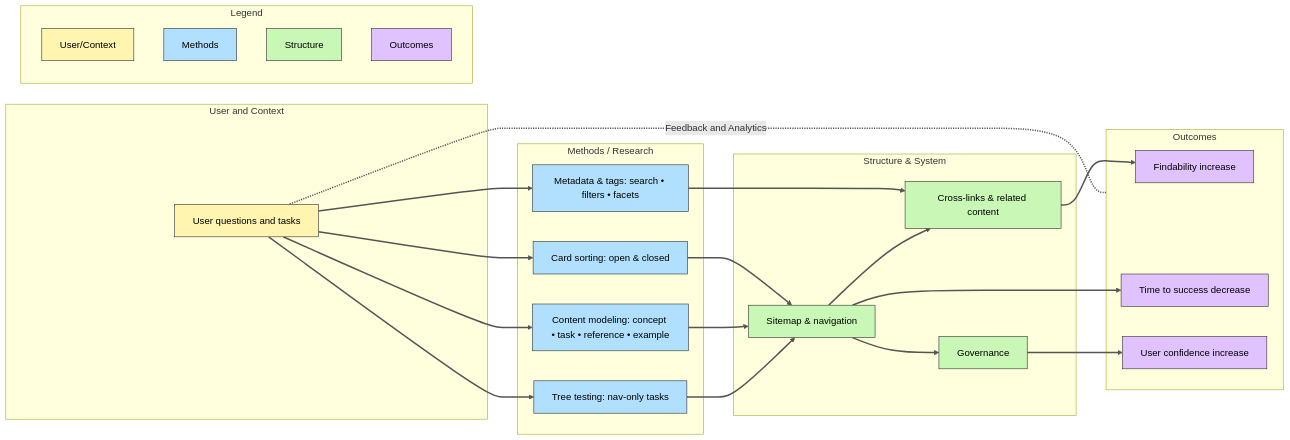
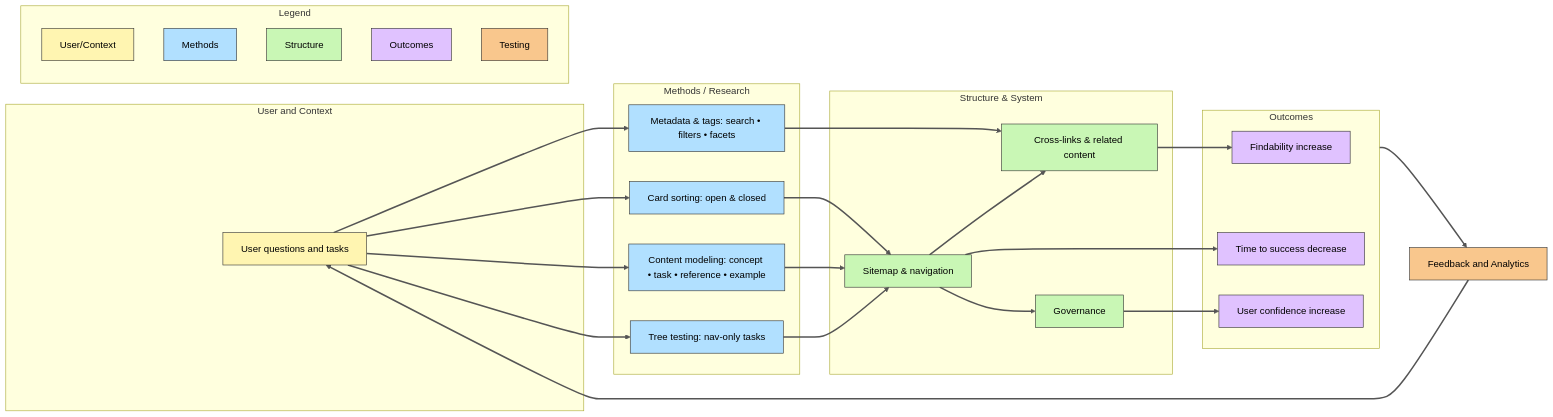
Before and after one commit to kaywina/docs-layer: the diagram in tech-blog/blog/2025-09-15-information-architecture-ux.md, drawn with Mermaid.

Commit message:
polishing flow chart

````diff
--- a/tech-blog/blog/2025-09-15-information-architecture-ux.md
+++ b/tech-blog/blog/2025-09-15-information-architecture-ux.md
@@ -10,66 +10,72 @@
 ```mermaid
 flowchart LR
+
   subgraph U[User and Context]
     Q[User questions and tasks]
   end
 
  subgraph M[Methods / Research]
     CS[Card sorting: open & closed]
     CM[Content modeling: concept • task • reference • example]
     TT[Tree testing: nav-only tasks]
     MD[Metadata & tags: search • filters • facets]
   end
 
   subgraph S[Structure & System]
     IA[Sitemap & navigation]
     XR[Cross-links & related content]
     GOV[Governance]
   end
 
   subgraph O[Outcomes]
     F[Findability increase]
     TS[Time to success decrease]
     CONF[User confidence increase]
   end
 
   subgraph Legend [Legend]
     L1[User/Context]:::user
     L2[Methods]:::method
     L3[Structure]:::struct
     L4[Outcomes]:::outcome
+    L5[Testing]:::feedback
   end
+
+  FA[Feedback and Analytics]
 
   Q --> CS
   Q --> CM
   Q --> TT
   Q --> MD
 
   CS --> IA
   CM --> IA
   TT --> IA
   MD --> XR
 
   IA --> XR
   IA --> GOV
   XR --> F
   IA --> TS
   GOV --> CONF
 
-  O -. Feedback and Analytics .- Q
+  O --> FA --> Q
 
   %% Class definitions (note the colons)
 
   classDef default fill:#fff,stroke:#333,stroke-width:1px,color:#000;
   classDef user fill:#fff5b1,stroke:#333,stroke-width:1px;
   classDef method fill:#b1e0ff,stroke:#333,stroke-width:1px;
   classDef struct fill:#c9f7b5,stroke:#333,stroke-width:1px;
   classDef outcome fill:#e0c2ff,stroke:#333,stroke-width:1px;
+  classDef feedback fill:#f9c78d,stroke:#333,stroke-width:1px,color:#000;
 
   %% Apply classes
   class Q user;
   class CS,CM,TT,MD method;
   class IA,XR,GOV struct;
   class F,TS,CONF outcome;
+  class FA feedback;
 
   linkStyle default stroke:#555,stroke-width:2.5px;
 ```
````
